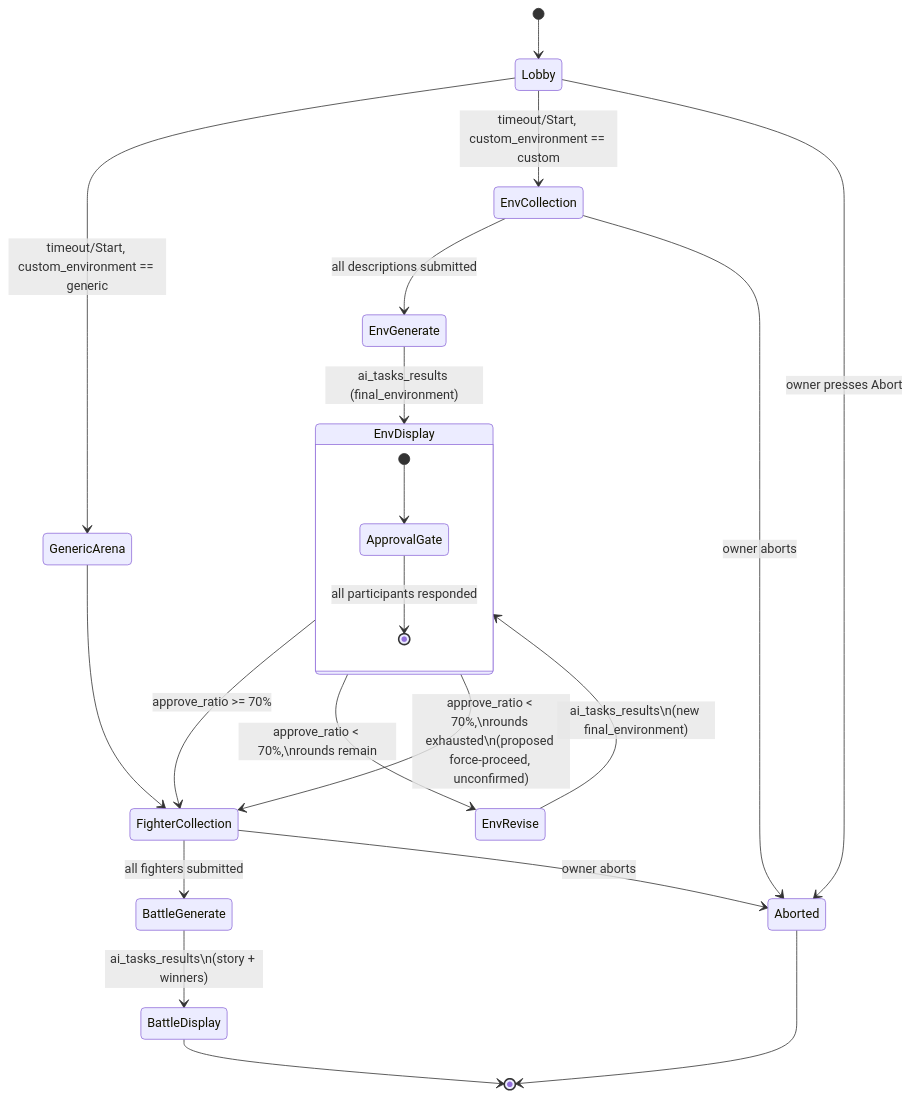
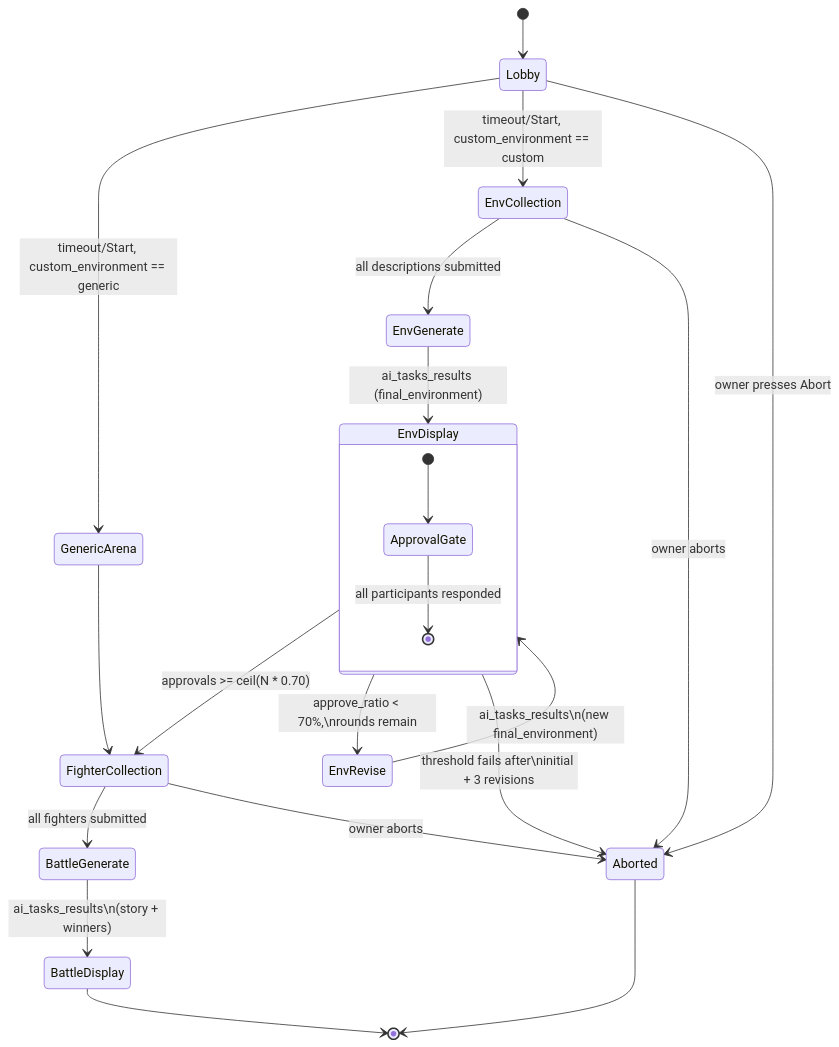
Before and after one commit to turbo3000r/DiscordCombatAI: the diagram in docs/containers/bot/commands/quick-battle.md, drawn with Mermaid. The commit also changed other lines of this file and 18 other files, not shown here.

````diff
--- a/docs/containers/bot/commands/quick-battle.md
+++ b/docs/containers/bot/commands/quick-battle.md
@@ -107,33 +136,33 @@
 ```mermaid
 stateDiagram-v2
     [*] --> Lobby
 
     Lobby --> GenericArena : timeout/Start, custom_environment == generic
     Lobby --> EnvCollection : timeout/Start, custom_environment == custom
     Lobby --> Aborted : owner presses Abort
 
     GenericArena --> FighterCollection
 
     EnvCollection --> EnvGenerate : all descriptions submitted
     EnvCollection --> Aborted : owner aborts
 
     EnvGenerate --> EnvDisplay : ai_tasks_results (final_environment)
 
     state EnvDisplay {
         [*] --> ApprovalGate
         ApprovalGate --> [*] : all participants responded
     }
 
-    EnvDisplay --> FighterCollection : approve_ratio >= 70%
+    EnvDisplay --> FighterCollection : approvals >= ceil(N * 0.70)
     EnvDisplay --> EnvRevise : approve_ratio < 70%,\nrounds remain
-    EnvDisplay --> FighterCollection : approve_ratio < 70%,\nrounds exhausted\n(proposed force-proceed, unconfirmed)
+    EnvDisplay --> Aborted : threshold fails after\ninitial + 3 revisions
 
     EnvRevise --> EnvDisplay : ai_tasks_results\n(new final_environment)
 
     FighterCollection --> BattleGenerate : all fighters submitted
     FighterCollection --> Aborted : owner aborts
 
     BattleGenerate --> BattleDisplay : ai_tasks_results\n(story + winners)
     BattleDisplay --> [*]
     Aborted --> [*]
 ```
````
